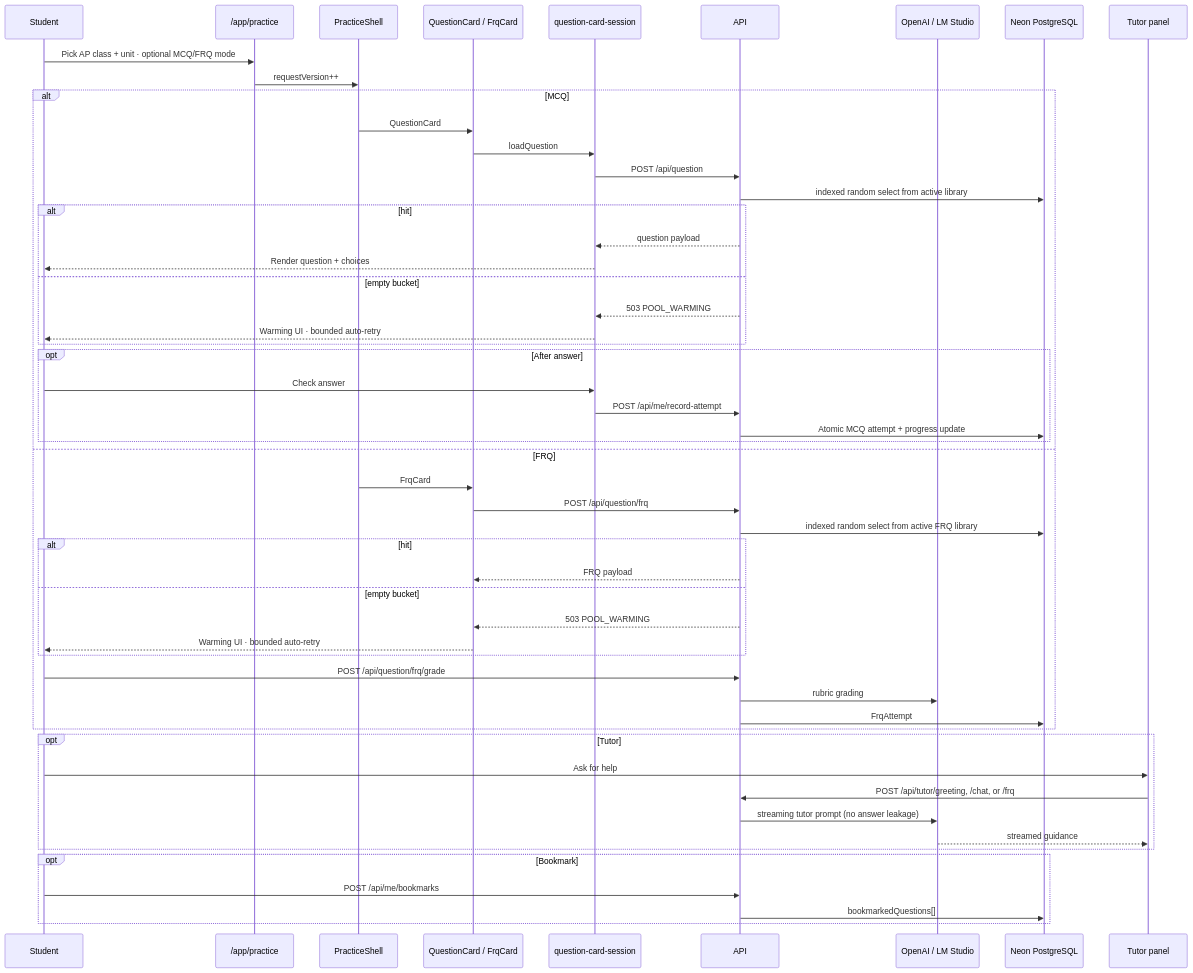
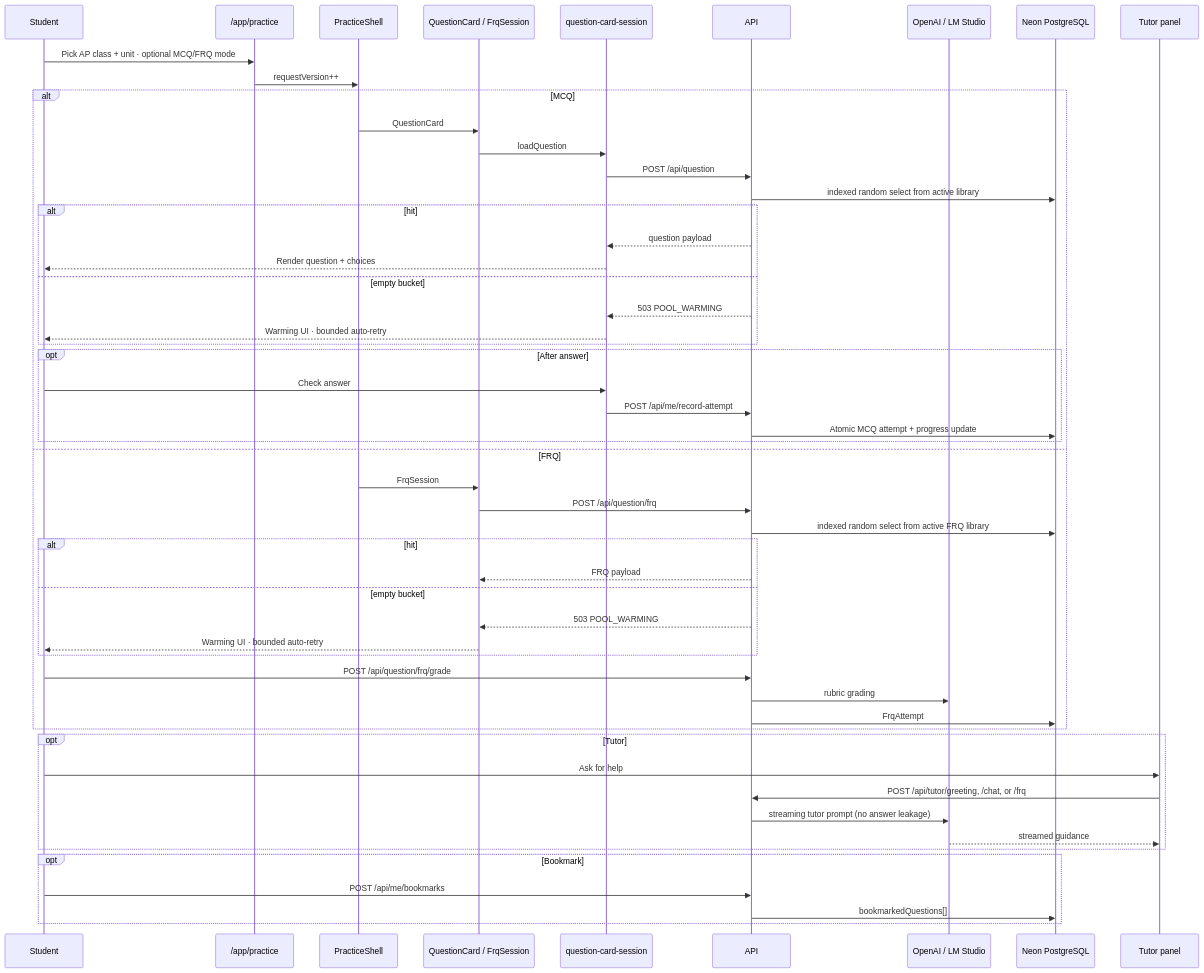
Before and after one commit to 5cisummai/freeappractice: the sixth of 7 diagrams in docs/architecture.md, drawn with Mermaid. The commit also changed other lines of this file and 33 other files, not shown here.

Commit message:
Simplify overlapping study and practice flows

````diff
--- a/docs/architecture.md
+++ b/docs/architecture.md
@@ -270,58 +270,58 @@
 ```mermaid
 sequenceDiagram
     participant U as Student
     participant App as /app/practice
     participant PS as PracticeShell
-    participant Card as QuestionCard / FrqCard
+    participant Card as QuestionCard / FrqSession
     participant Sess as question-card-session
     participant API as API
     participant AI as OpenAI / LM Studio
     participant DB as Neon PostgreSQL
     participant Tutor as Tutor panel
 
     U->>App: Pick AP class + unit · optional MCQ/FRQ mode
     App->>PS: requestVersion++
     alt MCQ
         PS->>Card: QuestionCard
         Card->>Sess: loadQuestion
         Sess->>API: POST /api/question
         API->>DB: indexed random select from active library
         alt hit
             API-->>Sess: question payload
             Sess-->>U: Render question + choices
         else empty bucket
             API-->>Sess: 503 POOL_WARMING
             Sess-->>U: Warming UI · bounded auto-retry
         end
         opt After answer
             U->>Sess: Check answer
             Sess->>API: POST /api/me/record-attempt
             API->>DB: Atomic MCQ attempt + progress update
         end
     else FRQ
-        PS->>Card: FrqCard
+        PS->>Card: FrqSession
         Card->>API: POST /api/question/frq
         API->>DB: indexed random select from active FRQ library
         alt hit
             API-->>Card: FRQ payload
         else empty bucket
             API-->>Card: 503 POOL_WARMING
             Card-->>U: Warming UI · bounded auto-retry
         end
         U->>API: POST /api/question/frq/grade
         API->>AI: rubric grading
         API->>DB: FrqAttempt
     end
 
     opt Tutor
         U->>Tutor: Ask for help
         Tutor->>API: POST /api/tutor/greeting, /chat, or /frq
         API->>AI: streaming tutor prompt (no answer leakage)
         AI-->>Tutor: streamed guidance
     end
 
     opt Bookmark
         U->>API: POST /api/me/bookmarks
         API->>DB: bookmarkedQuestions[]
     end
 ```
````
